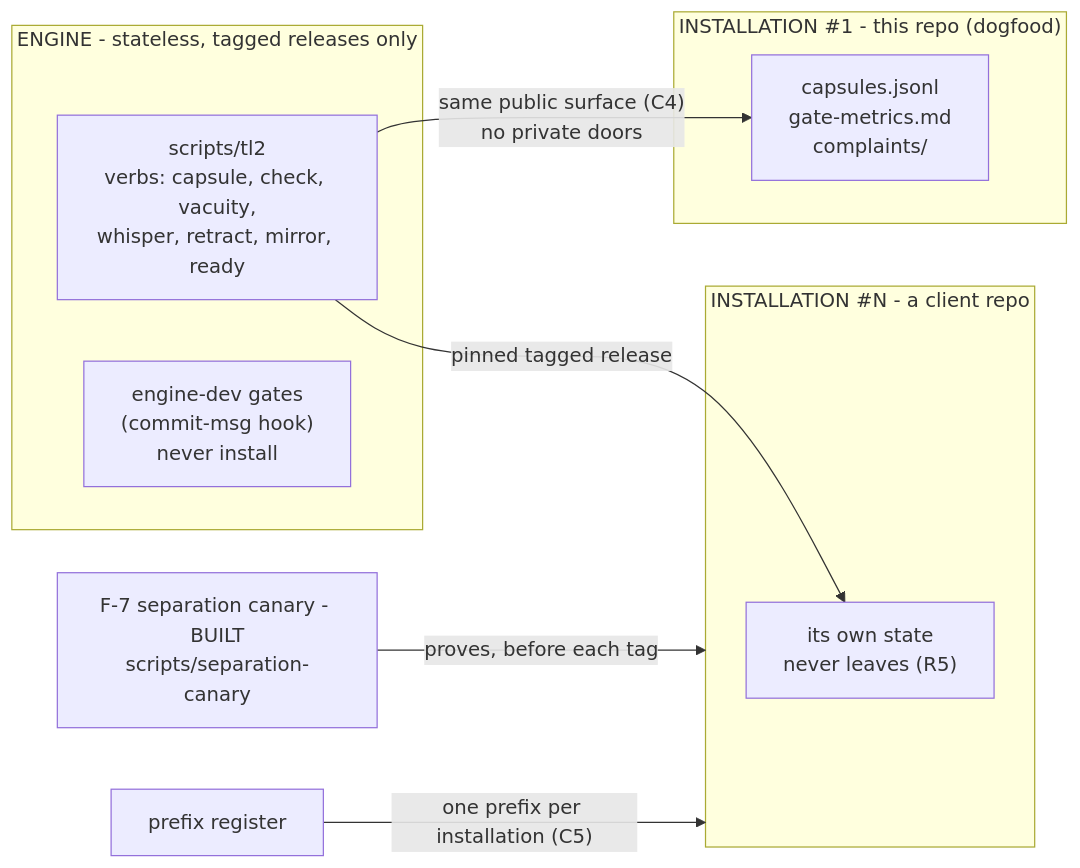
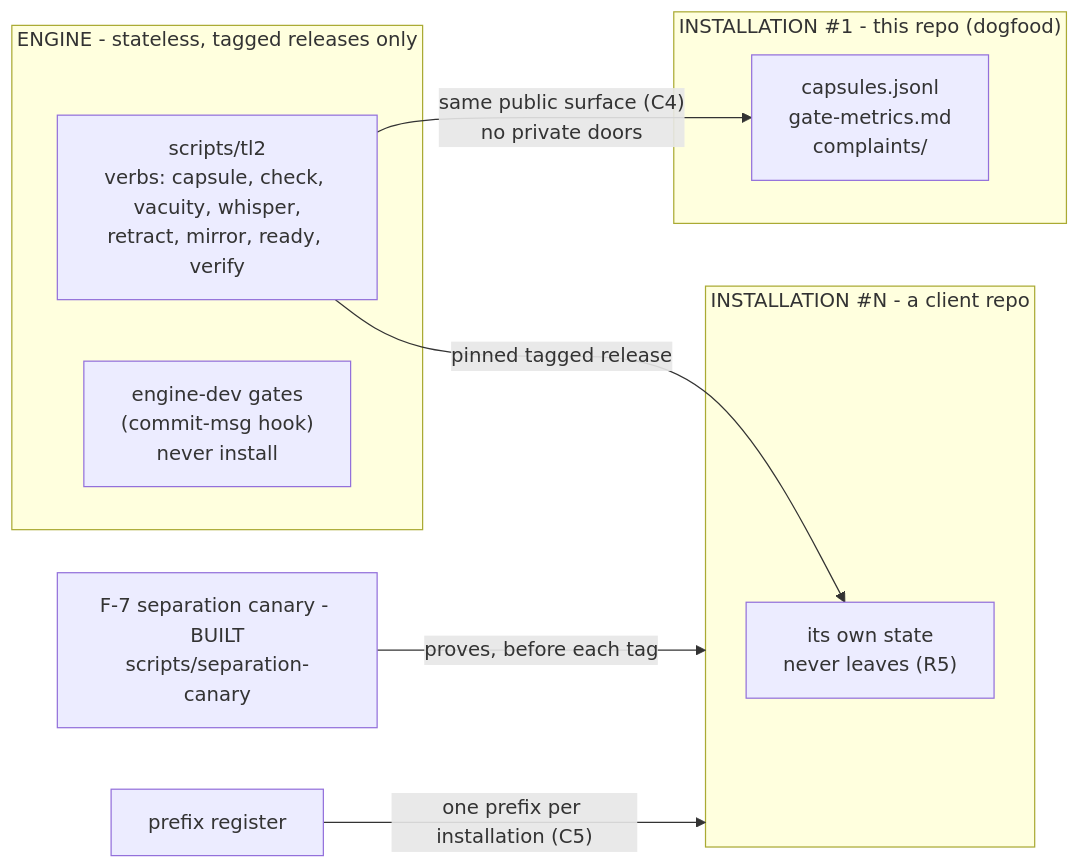
One commit to m1981/truth-ledger2 changed the third of 5 diagrams in docs/diagrams.md. Above: the diagram before and after it, drawn with Mermaid. The commit also changed other lines of this file and 5 other files, not shown here.

````diff
--- a/docs/diagrams.md
+++ b/docs/diagrams.md
@@ -64,17 +64,17 @@
 ```mermaid
 flowchart LR
     subgraph ENGINE["ENGINE - stateless, tagged releases only"]
-        TL2["scripts/tl2<br/>verbs: capsule, check, vacuity,<br/>whisper, retract, mirror, ready"]
+        TL2["scripts/tl2<br/>verbs: capsule, check, vacuity, whisper,<br/>retract, mirror, ready, verify"]
         DEVGATES["engine-dev gates<br/>(commit-msg hook)<br/>never install"]
     end
     subgraph INST1["INSTALLATION #1 - this repo (dogfood)"]
         S1["capsules.jsonl<br/>gate-metrics.md<br/>complaints/"]
     end
     subgraph INSTN["INSTALLATION #N - a client repo"]
         SN["its own state<br/>never leaves (R5)"]
     end
     TL2 -- "same public surface (C4)<br/>no private doors" --> S1
     TL2 -- "pinned tagged release" --> SN
     SEP["F-7 separation canary - BUILT<br/>scripts/separation-canary"] -->|"proves, before each tag"| INSTN
     PREFIX["prefix register"] -- "one prefix per installation (C5)" --> INSTN
 ```
````
